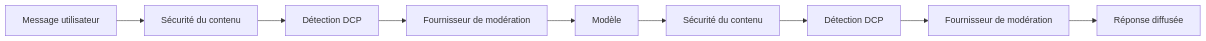
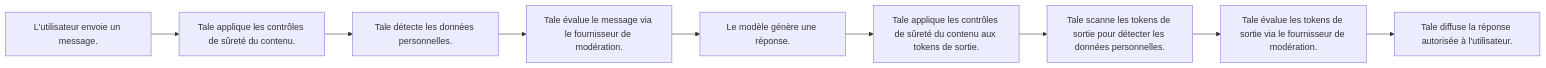
Before and after one commit to tale-project/tale: the diagram in docs/fr/platform/admin/governance.md, drawn with Mermaid. The commit also changed 20 other files, not shown here.

````diff
--- a/docs/fr/platform/admin/governance.md
+++ b/docs/fr/platform/admin/governance.md
@@ -46,11 +46,11 @@
 ```mermaid
 flowchart LR
-  user[Message utilisateur] --> chatFilter[Sécurité du contenu]
-  chatFilter --> pii[Détection DCP]
-  pii --> moderation[Fournisseur de modération]
-  moderation --> model[Modèle]
-  model --> outChatFilter[Sécurité du contenu]
-  outChatFilter --> outPii[Détection DCP]
-  outPii --> outModeration[Fournisseur de modération]
-  outModeration --> reply[Réponse diffusée]
+  user["L'utilisateur envoie un message."] --> chatFilter["Tale applique les contrôles de sûreté du contenu."]
+  chatFilter --> pii["Tale détecte les données personnelles."]
+  pii --> moderation["Tale évalue le message via le fournisseur de modération."]
+  moderation --> model["Le modèle génère une réponse."]
+  model --> outChatFilter["Tale applique les contrôles de sûreté du contenu aux tokens de sortie."]
+  outChatFilter --> outPii["Tale scanne les tokens de sortie pour détecter les données personnelles."]
+  outPii --> outModeration["Tale évalue les tokens de sortie via le fournisseur de modération."]
+  outModeration --> reply["Tale diffuse la réponse autorisée à l'utilisateur."]
 ```
````
